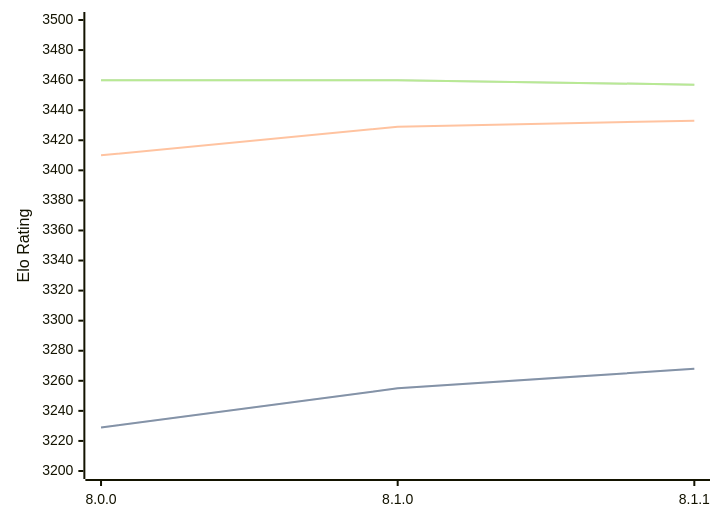
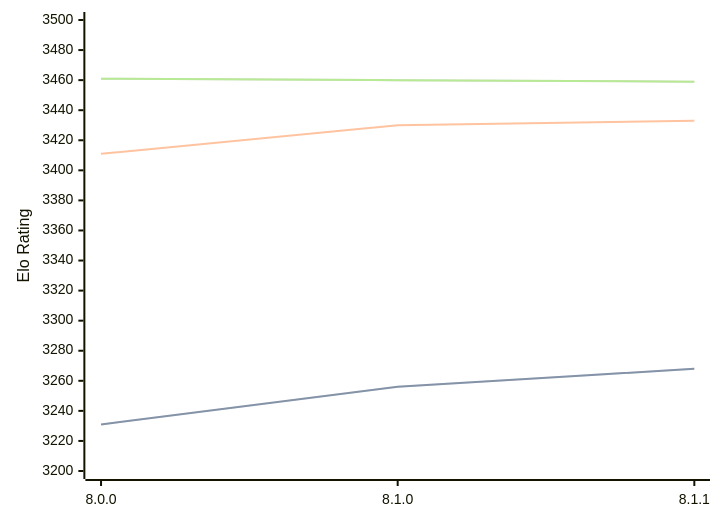
The third of 3 diagrams in engines/Velvet.md (computer-chess-index/cci), drawn with Mermaid before and after one commit. The commit also changed other lines of this file, not shown here.

Commit message:
Update CCI Ratings (ELO VLTC) - 2026-07-12

````diff
--- a/engines/Velvet.md
+++ b/engines/Velvet.md
@@ -90,11 +90,11 @@
 ```mermaid
 %%{init: {"theme":"base","themeVariables":{"seriesColors:['#a3a3a3','#222221','#faa371']}}}%%
 xychart-beta
   x-axis ["8.0.0", "8.1.0", "8.1.1"]
   y-axis "Elo Rating" 3200 --> 3500
-  line "STC (8.0+0.08s)" [3229, 3255, 3268]
-  line "STC (8.0+0.08s)" [3229, 3255, 3268]
-  line "LTC (60.0+0.60s)" [3410, 3429, 3433]
-  line "VLTC (2m24s+1.12s)" [3460, 3460, 3457]
-  line "VLTC (2m24s+1.12s)" [3460, 3460, 3457]
+  line "STC (8.0+0.08s)" [3231, 3256, 3268]
+  line "STC (8.0+0.08s)" [3231, 3256, 3268]
+  line "LTC (60.0+0.60s)" [3411, 3430, 3433]
+  line "VLTC (2m24s+1.12s)" [3461, 3460, 3459]
+  line "VLTC (2m24s+1.12s)" [3461, 3460, 3459]
 ```
````
